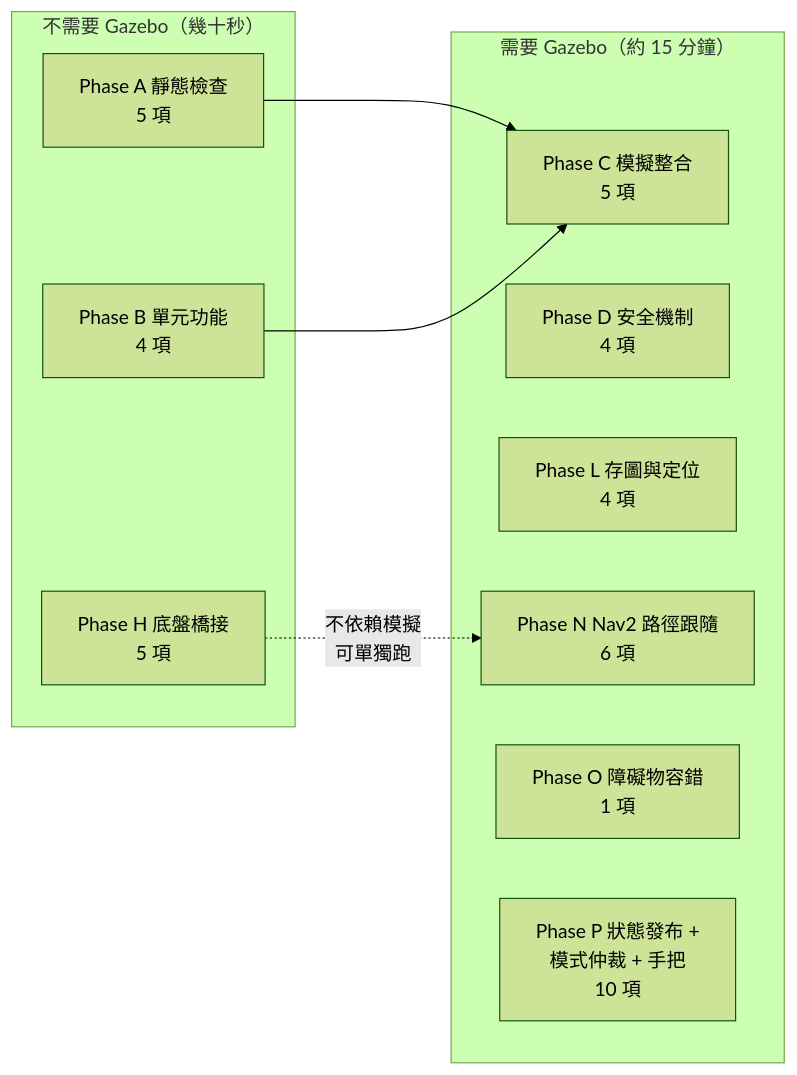
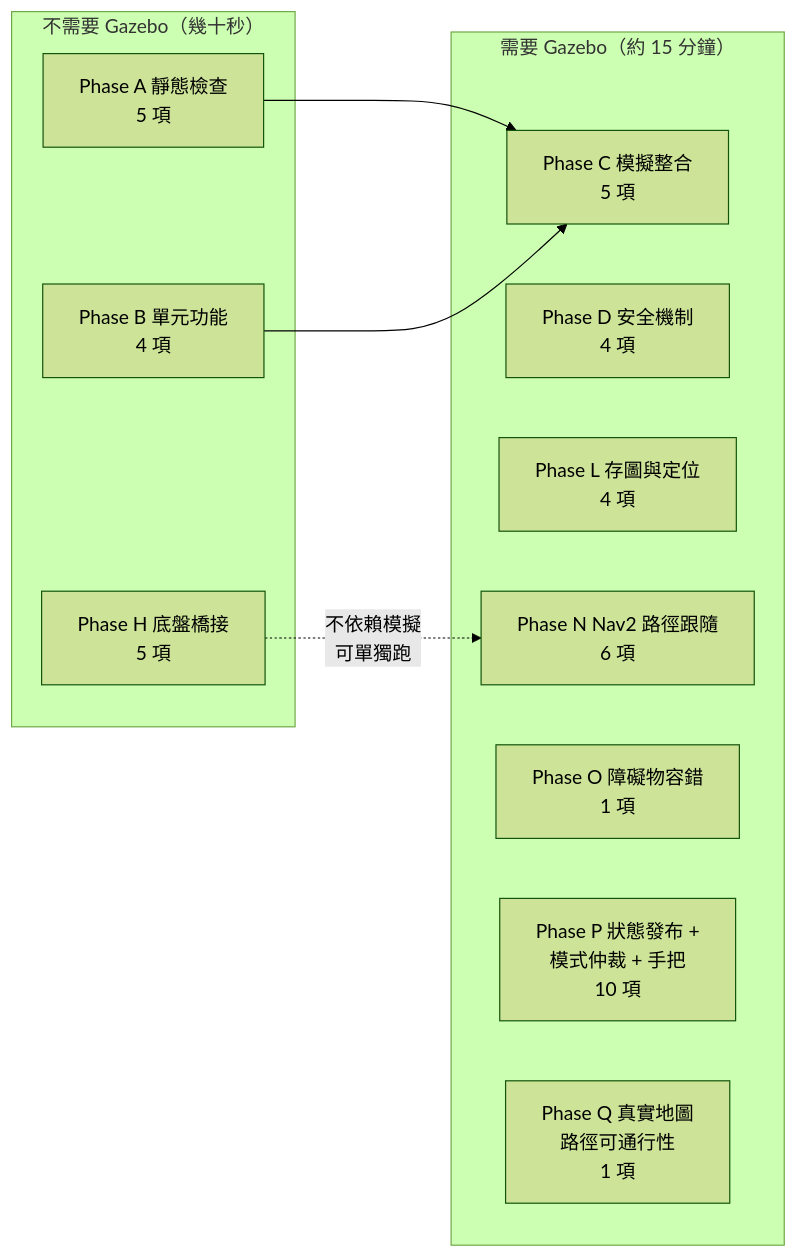
The sixth of 7 diagrams in docs/architecture.md (a04151997/mowerbot), drawn with Mermaid (forest theme) before and after one commit. The commit also changed other lines of this file and 4 other files, not shown here.

````diff
--- a/docs/architecture.md
+++ b/docs/architecture.md
@@ -194,19 +194,20 @@
 ```mermaid
 graph LR
     subgraph 不需要模擬器["不需要 Gazebo（幾十秒）"]
         A["Phase A 靜態檢查<br/>5 項"]
         B["Phase B 單元功能<br/>4 項"]
         H["Phase H 底盤橋接<br/>5 項"]
     end
     subgraph 需要模擬器["需要 Gazebo（約 15 分鐘）"]
         C["Phase C 模擬整合<br/>5 項"]
         D["Phase D 安全機制<br/>4 項"]
         L["Phase L 存圖與定位<br/>4 項"]
         N["Phase N Nav2 路徑跟隨<br/>6 項"]
         O["Phase O 障礙物容錯<br/>1 項"]
         P["Phase P 狀態發布 +<br/>模式仲裁 + 手把<br/>10 項"]
+        Q["Phase Q 真實地圖<br/>路徑可通行性<br/>1 項"]
     end
     A --> C
     B --> C
     H -.->|"不依賴模擬<br/>可單獨跑"| N
 ```
````
